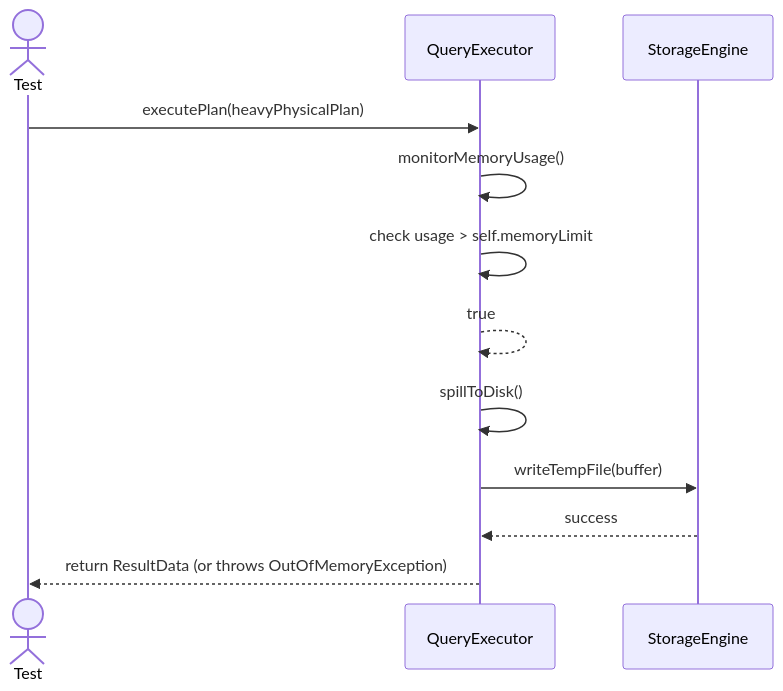
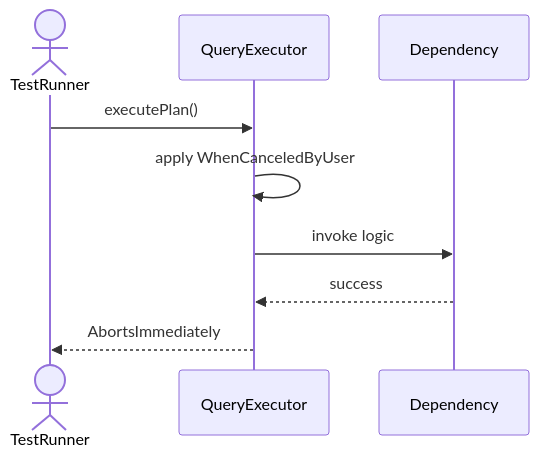
Before and after one commit to TamBui1706/DBMS: the third of 6 diagrams in Sequences/QueryProcessor/QueryExecutor.md, drawn with Mermaid. The commit also changed other lines of this file and 63 other files, not shown here.

Commit message:
Draw sequence diagram for unit tests

````diff
--- a/Sequences/QueryProcessor/QueryExecutor.md
+++ b/Sequences/QueryProcessor/QueryExecutor.md
@@ -32,15 +43,10 @@
 ```mermaid
 sequenceDiagram
-    actor Test
+    actor TestRunner
     participant QueryExecutor
-    participant StorageEngine
-
-    Test->>QueryExecutor: executePlan(heavyPhysicalPlan)
-    QueryExecutor->>QueryExecutor: monitorMemoryUsage()
-    QueryExecutor->>QueryExecutor: check usage > self.memoryLimit
-    QueryExecutor-->>QueryExecutor: true
-    QueryExecutor->>QueryExecutor: spillToDisk()
-    QueryExecutor->>StorageEngine: writeTempFile(buffer)
-    StorageEngine-->>QueryExecutor: success
-    QueryExecutor-->>Test: return ResultData (or throws OutOfMemoryException)
+    TestRunner->>QueryExecutor: executePlan()
+    QueryExecutor->>QueryExecutor: apply WhenCanceledByUser
+    QueryExecutor->>Dependency: invoke logic
+    Dependency-->>QueryExecutor: success
+    QueryExecutor-->>TestRunner: AbortsImmediately
 ```
````
